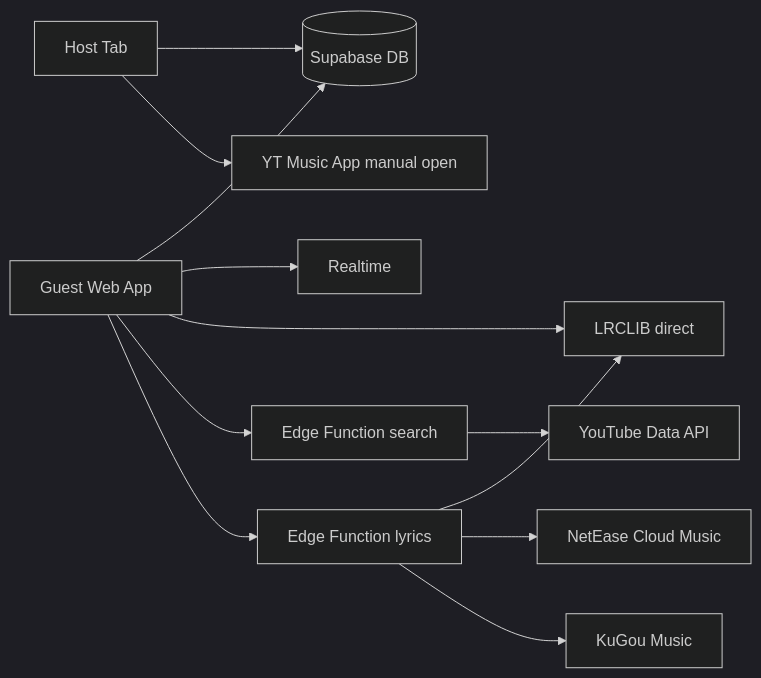
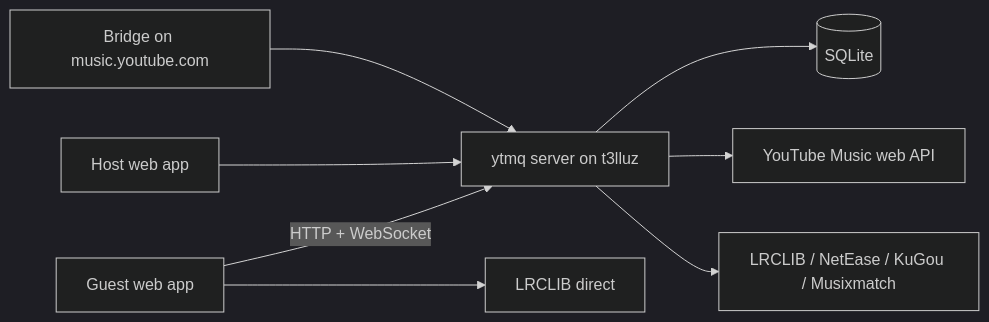
One commit to T3lluz/YTMQ changed the diagram in docs/AGENT.md. Above: the diagram before and after it, drawn with Mermaid (dark theme). The commit also changed other lines of this file and 91 other files, not shown here.

First line of the commit message:
Move YTMQ off Supabase onto t3lluz.com/ytmq

````diff
--- a/docs/AGENT.md
+++ b/docs/AGENT.md
@@ -153,14 +101,10 @@
 ```mermaid
 flowchart LR
-  G[Guest Web App] --> SB[(Supabase DB)]
-  G --> RT[Realtime]
+  G[Guest web app] -->|HTTP + WebSocket| S[ytmq server on t3lluz]
+  H[Host web app] --> S
+  B[Bridge on music.youtube.com] --> S
+  S --> DB[(SQLite)]
+  S --> YTM[YouTube Music web API]
+  S --> LY[LRCLIB / NetEase / KuGou / Musixmatch]
   G --> LRC[LRCLIB direct]
-  H[Host Tab] --> SB
-  H --> YTM[YT Music App manual open]
-  EF[Edge Function search] --> YTAPI[YouTube Data API]
-  LY[Edge Function lyrics] --> LRC
-  LY --> NE[NetEase Cloud Music]
-  LY --> KG[KuGou Music]
-  G --> EF
-  G --> LY
 ```
````
